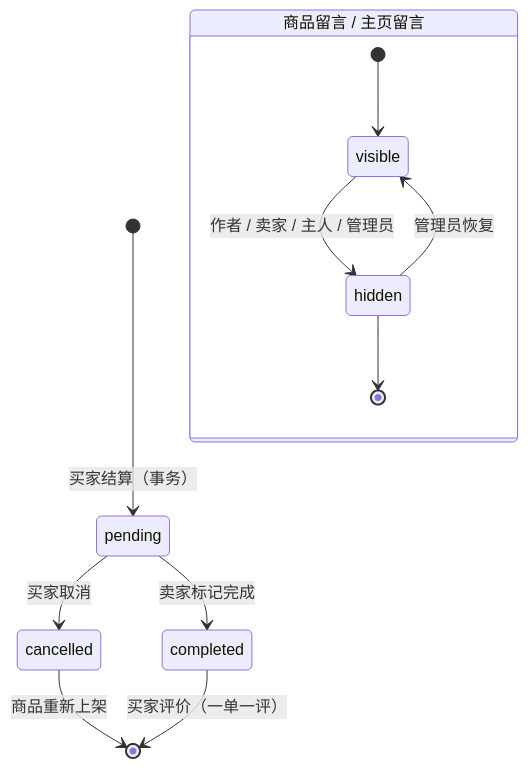
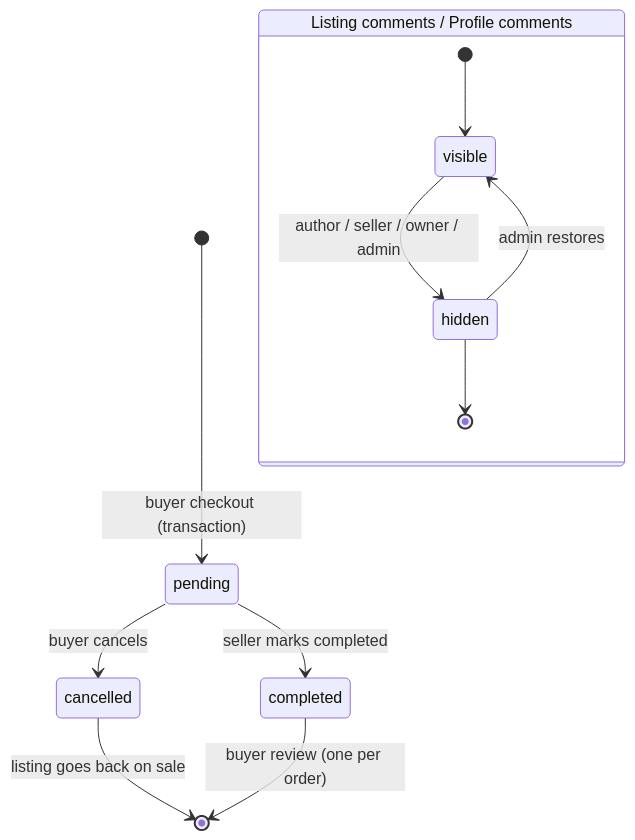
Before and after one commit to ChrisLee0721/campus-secondhand-marketplace: the third of 3 diagrams in docs/flows.md, drawn with Mermaid. The commit also changed other lines of this file and 118 other files, not shown here.

```diff
--- a/docs/flows.md
+++ b/docs/flows.md
@@ -125,15 +125,15 @@
 ~~~mermaid
 stateDiagram-v2
-  [*] --> pending: 买家结算（事务）
-  pending --> completed: 卖家标记完成
-  pending --> cancelled: 买家取消
-  cancelled --> [*]: 商品重新上架
-  completed --> [*]: 买家评价（一单一评）
+  [*] --> pending: buyer checkout (transaction)
+  pending --> completed: seller marks completed
+  pending --> cancelled: buyer cancels
+  cancelled --> [*]: listing goes back on sale
+  completed --> [*]: buyer review (one per order)
 
-  state "商品留言 / 主页留言" as comments {
+  state "Listing comments / Profile comments" as comments {
     [*] --> visible
-    visible --> hidden: 作者 / 卖家 / 主人 / 管理员
-    hidden --> visible: 管理员恢复
+    visible --> hidden: author / seller / owner / admin
+    hidden --> visible: admin restores
     hidden --> [*]
   }
 ~~~
```
